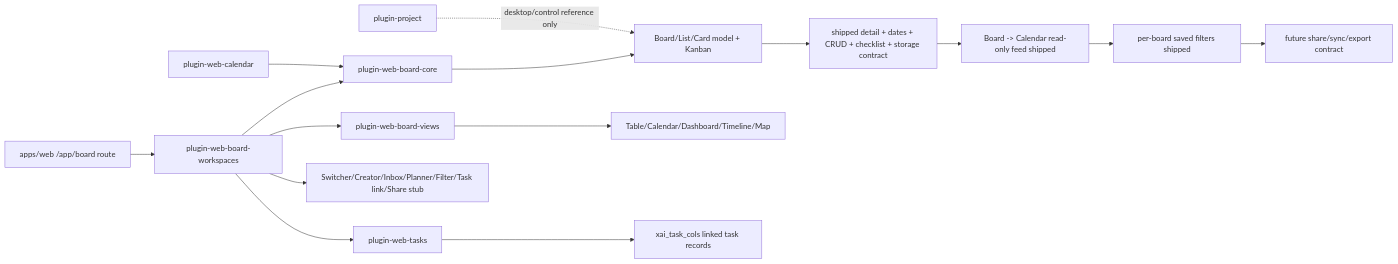
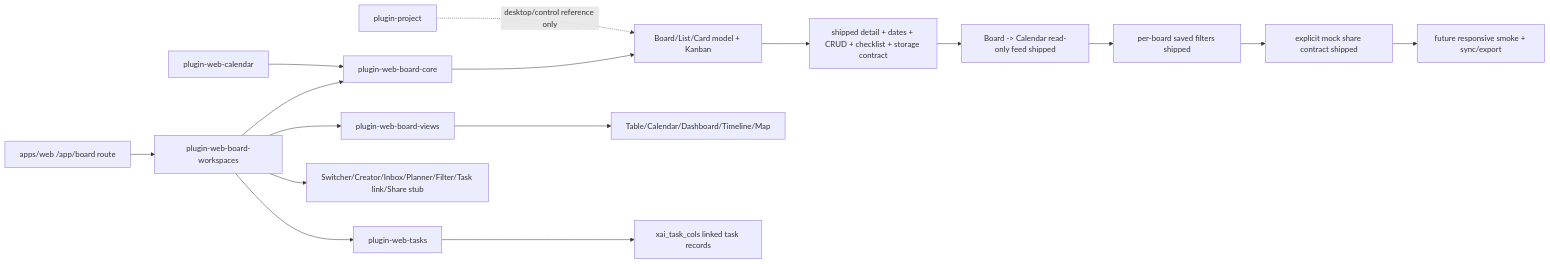
The diagram in docs/SYSTEM_ARCHITECTURE.md (jinlong17/XAI_Desktop), drawn with Mermaid before and after one commit. The commit also changed other lines of this file and 4 other files, not shown here.

Commit message:
docs(web-board-share-contract): mark shipped

````diff
--- a/docs/SYSTEM_ARCHITECTURE.md
+++ b/docs/SYSTEM_ARCHITECTURE.md
@@ -186,17 +186,18 @@
 ```mermaid
 flowchart LR
   A["apps/web /app/board route"] --> B["plugin-web-board-workspaces"]
   B --> C["plugin-web-board-core"]
   B --> D["plugin-web-board-views"]
   B --> K["plugin-web-tasks"]
   M["plugin-web-calendar"] --> C
   C --> E["Board/List/Card model + Kanban"]
   D --> F["Table/Calendar/Dashboard/Timeline/Map"]
   B --> G["Switcher/Creator/Inbox/Planner/Filter/Task link/Share stub"]
   K --> L["xai_task_cols linked task records"]
   H["plugin-project"] -. "desktop/control reference only" .-> E
   E --> I["shipped detail + dates + CRUD + checklist + storage contract"]
   I --> J["Board -> Calendar read-only feed shipped"]
   J --> N["per-board saved filters shipped"]
-  N --> O["future share/sync/export contract"]
+  N --> O["explicit mock share contract shipped"]
+  O --> P["future responsive smoke + sync/export"]
 ```
````
